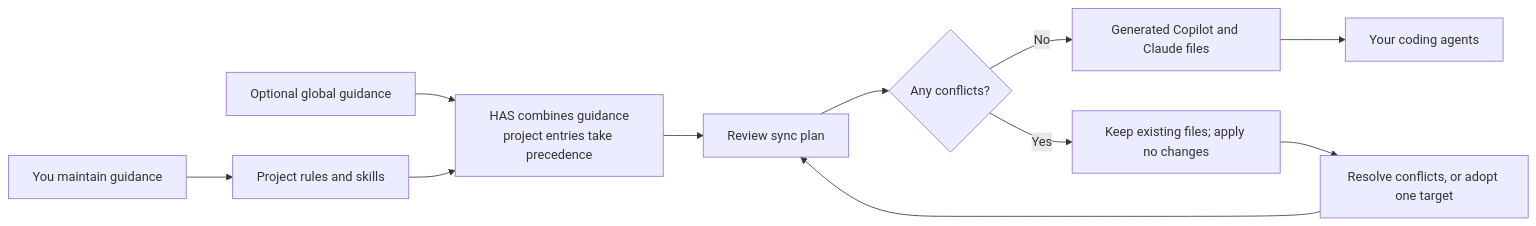
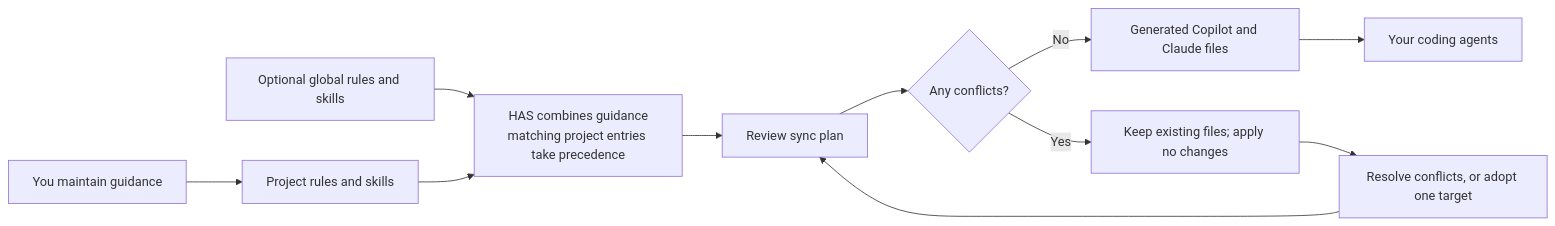
One commit to Fabr1ce/human-agent-space changed the diagram in README.md. Above: the diagram before and after it, drawn with Mermaid.

Commit message:
docs(spec): specify global diagram inputs

````diff
--- a/README.md
+++ b/README.md
@@ -14,13 +14,13 @@
 ```mermaid
 flowchart LR
   person["You maintain guidance"] --> project["Project rules and skills"]
-  global["Optional global guidance"] --> combine["HAS combines guidance<br/>project entries take precedence"]
+  global["Optional global rules and skills"] --> combine["HAS combines guidance<br/>matching project entries take precedence"]
   project --> combine
   combine --> preview["Review sync plan"]
   preview --> decision{"Any conflicts?"}
   decision -- No --> generated["Generated Copilot and Claude files"]
   generated --> agents["Your coding agents"]
   decision -- Yes --> preserved["Keep existing files; apply no changes"]
   preserved --> resolve["Resolve conflicts, or adopt one target"]
   resolve --> preview
 ```
````
